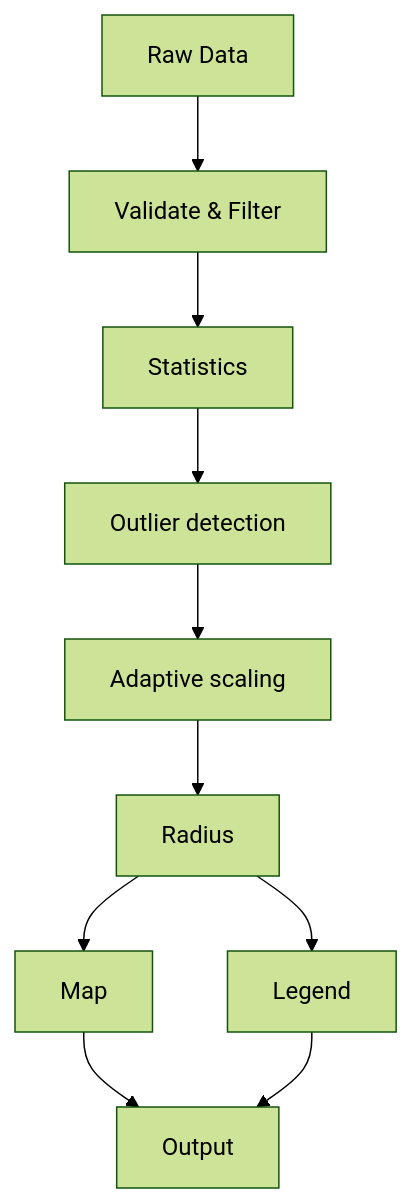
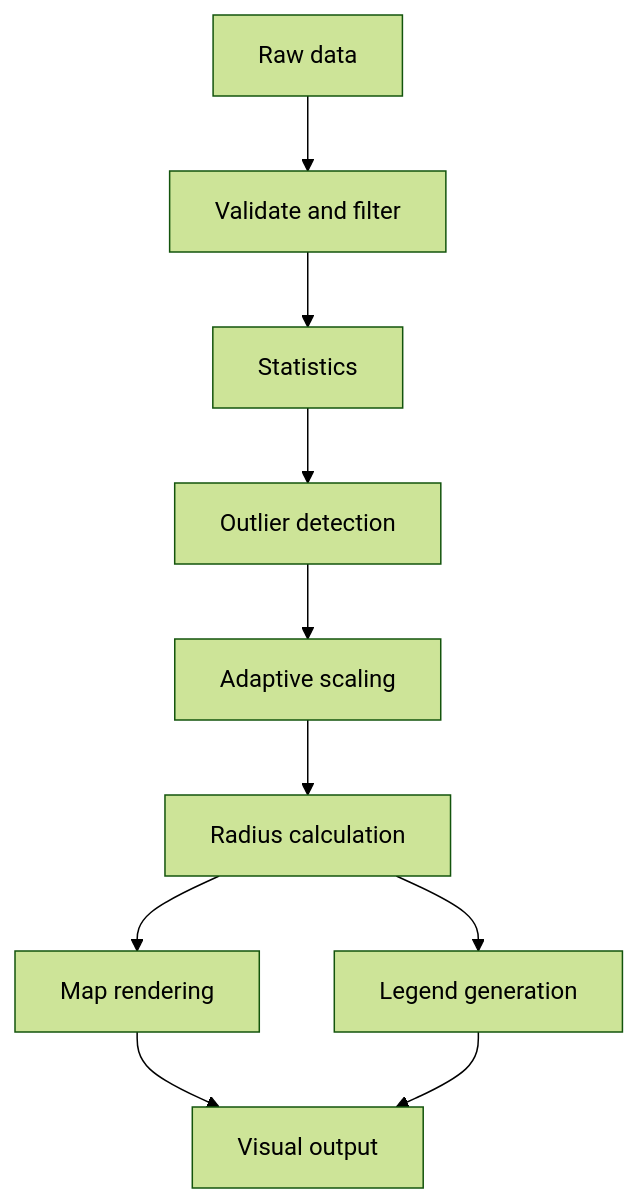
Before and after one commit to maplumi/maplumi-pbi: the diagram in spec/scaled-circles/scaled-circles-specification.md, drawn with Mermaid (forest theme). The commit also changed 4 other files, not shown here.

Commit message:
fix mermaid diagrams

````diff
--- a/spec/scaled-circles/scaled-circles-specification.md
+++ b/spec/scaled-circles/scaled-circles-specification.md
@@ -24,12 +24,12 @@
 ```mermaid
 graph TD
-    A[Raw Data] --> B[Validate & Filter]
-    B --> C[Statistics]
-    C --> D[Outlier detection]
-    D --> E[Adaptive scaling]
-    E --> F[Radius]
-    F --> G[Map]
-    F --> H[Legend]
-    G --> I[Output]
+    A["Raw data"] --> B["Validate and filter"]
+    B --> C["Statistics"]
+    C --> D["Outlier detection"]
+    D --> E["Adaptive scaling"]
+    E --> F["Radius calculation"]
+    F --> G["Map rendering"]
+    F --> H["Legend generation"]
+    G --> I["Visual output"]
     H --> I
 ```
````
